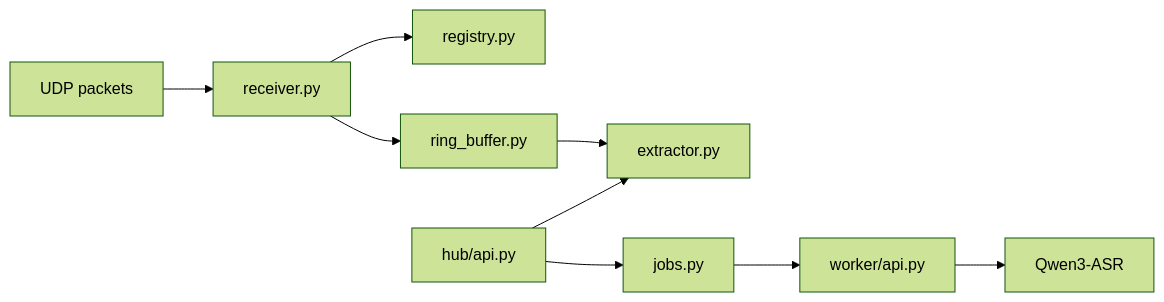
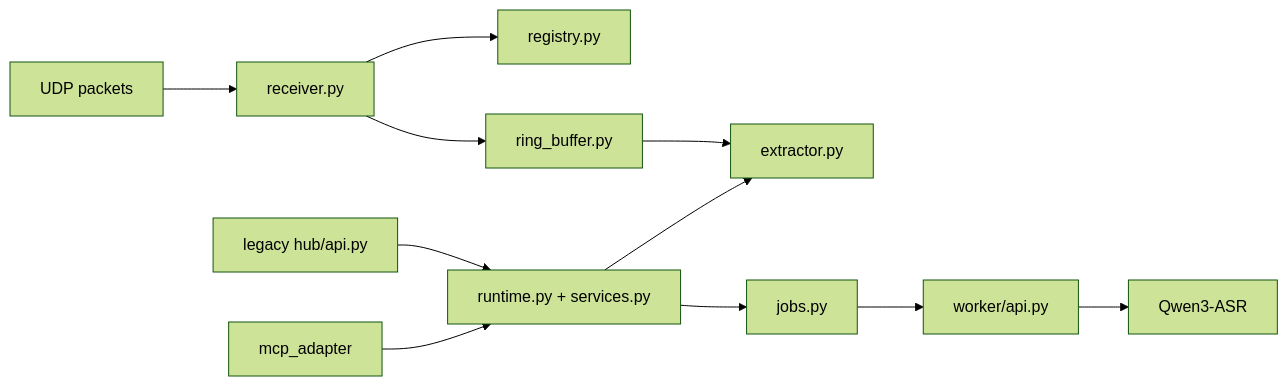
One commit to Tobi1chi/EchoTrigger changed the diagram in Software/pc_hub/README.md. Above: the diagram before and after it, drawn with Mermaid (forest theme). The commit also changed other lines of this file and 14 other files, not shown here.

Commit message:
Add MCP adapter for pc_hub

````diff
--- a/Software/pc_hub/README.md
+++ b/Software/pc_hub/README.md
@@ -17,11 +18,13 @@
 ```mermaid
 flowchart LR
   udp["UDP packets"] --> recv["receiver.py"]
   recv --> reg["registry.py"]
   recv --> ring["ring_buffer.py"]
   ring --> ext["extractor.py"]
-  api["hub/api.py"] --> ext
-  api --> jobs["jobs.py"]
+  runtime["runtime.py + services.py"] --> ext
+  runtime --> jobs["jobs.py"]
+  legacy["legacy hub/api.py"] --> runtime
+  mcp["mcp_adapter"] --> runtime
   jobs --> worker["worker/api.py"]
   worker --> asr["Qwen3-ASR"]
 ```
````
